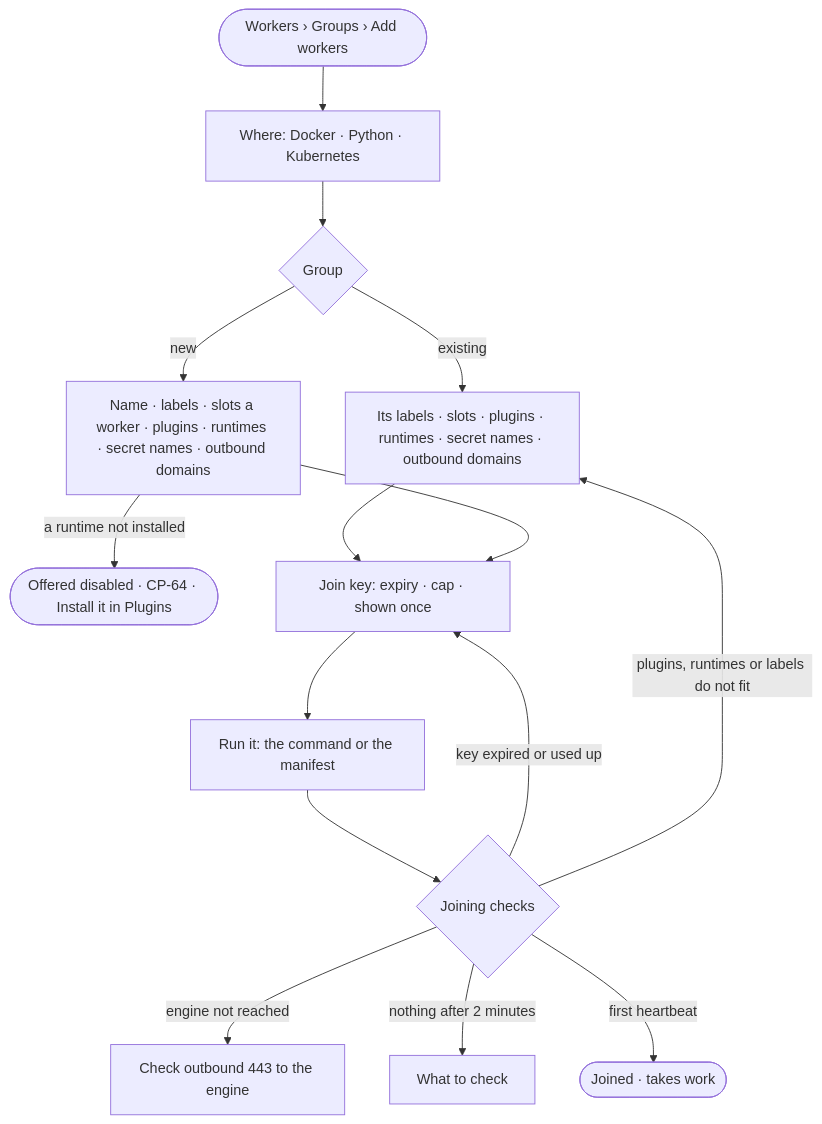
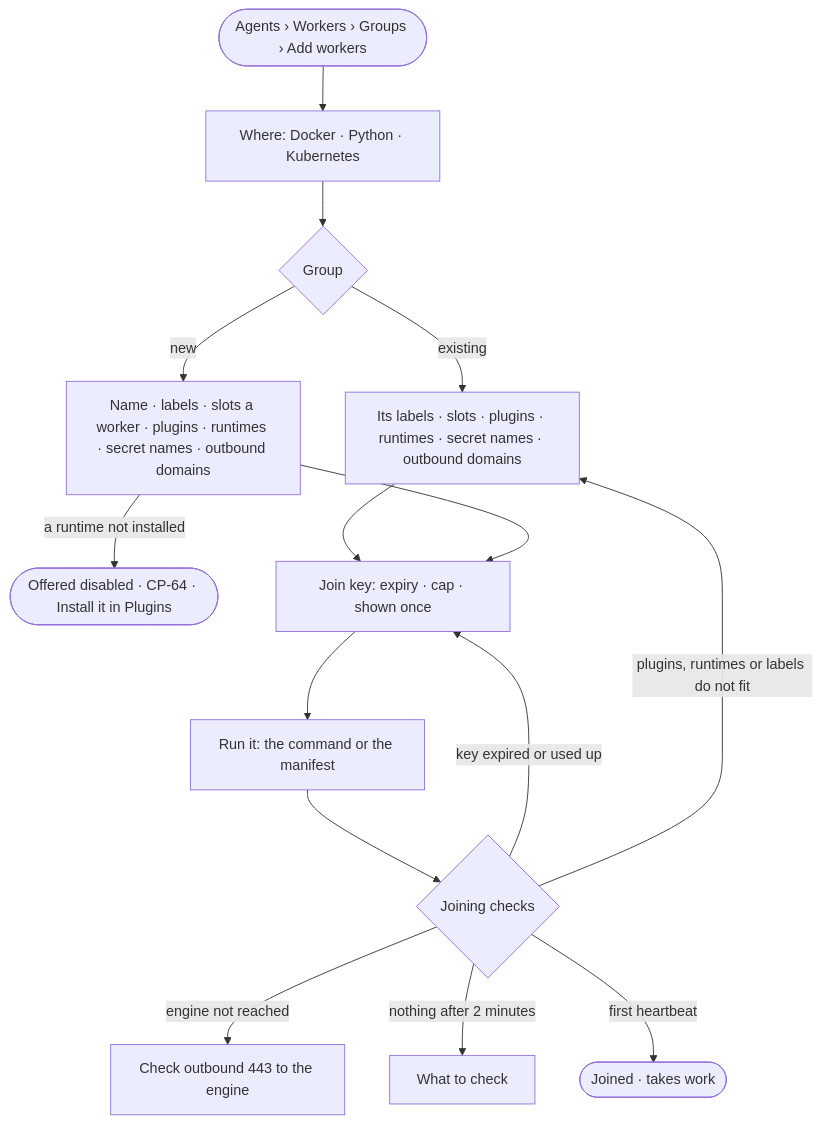
Before and after one commit to invana/invana: the diagram in specs/os/control/features/CP-F03-workers-and-the-queue/stories/CP-10-add-workers-on-my-own-machines-with-one-command/story.md, drawn with Mermaid. The commit also changed other lines of this file and 106 other files, not shown here.

````diff
--- a/specs/os/control/features/CP-F03-workers-and-the-queue/stories/CP-10-add-workers-on-my-own-machines-with-one-command/story.md
+++ b/specs/os/control/features/CP-F03-workers-and-the-queue/stories/CP-10-add-workers-on-my-own-machines-with-one-command/story.md
@@ -26,17 +26,17 @@
 ```mermaid
 flowchart TD
-  s([Workers › Groups › Add workers]) --> wh["Where: Docker · Python · Kubernetes"]
+  s([Agents › Workers › Groups › Add workers]) --> wh["Where: Docker · Python · Kubernetes"]
   wh --> g{"Group"}
   g -->|existing| ge["Its labels · slots · plugins · runtimes · secret names · outbound domains"]
   g -->|new| gn["Name · labels · slots a worker · plugins · runtimes · secret names · outbound domains"]
   gn -->|a runtime not installed| ri(["Offered disabled · CP-64 · Install it in Plugins"])
   ge --> k["Join key: expiry · cap · shown once"]
   gn --> k
   k --> run["Run it: the command or the manifest"]
   run --> chk{"Joining checks"}
   chk -->|key expired or used up| k
   chk -->|engine not reached| net["Check outbound 443 to the engine"]
   chk -->|plugins, runtimes or labels do not fit| ge
   chk -->|nothing after 2 minutes| cl["What to check"]
   chk -->|first heartbeat| j(["Joined · takes work"])
 ```
````
